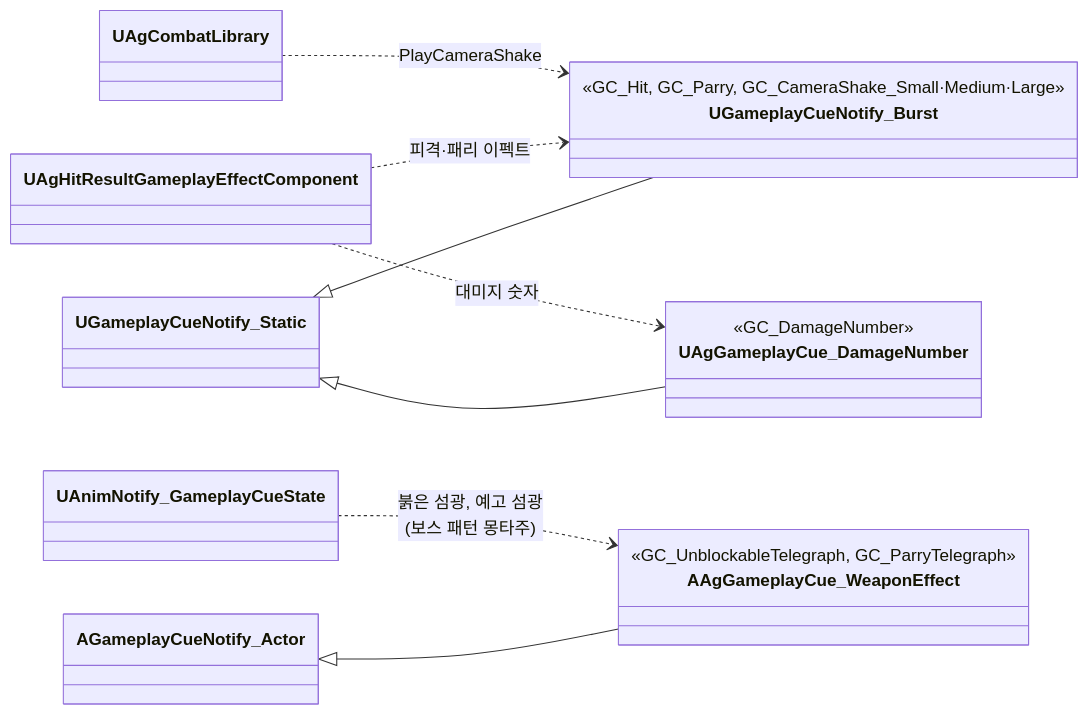
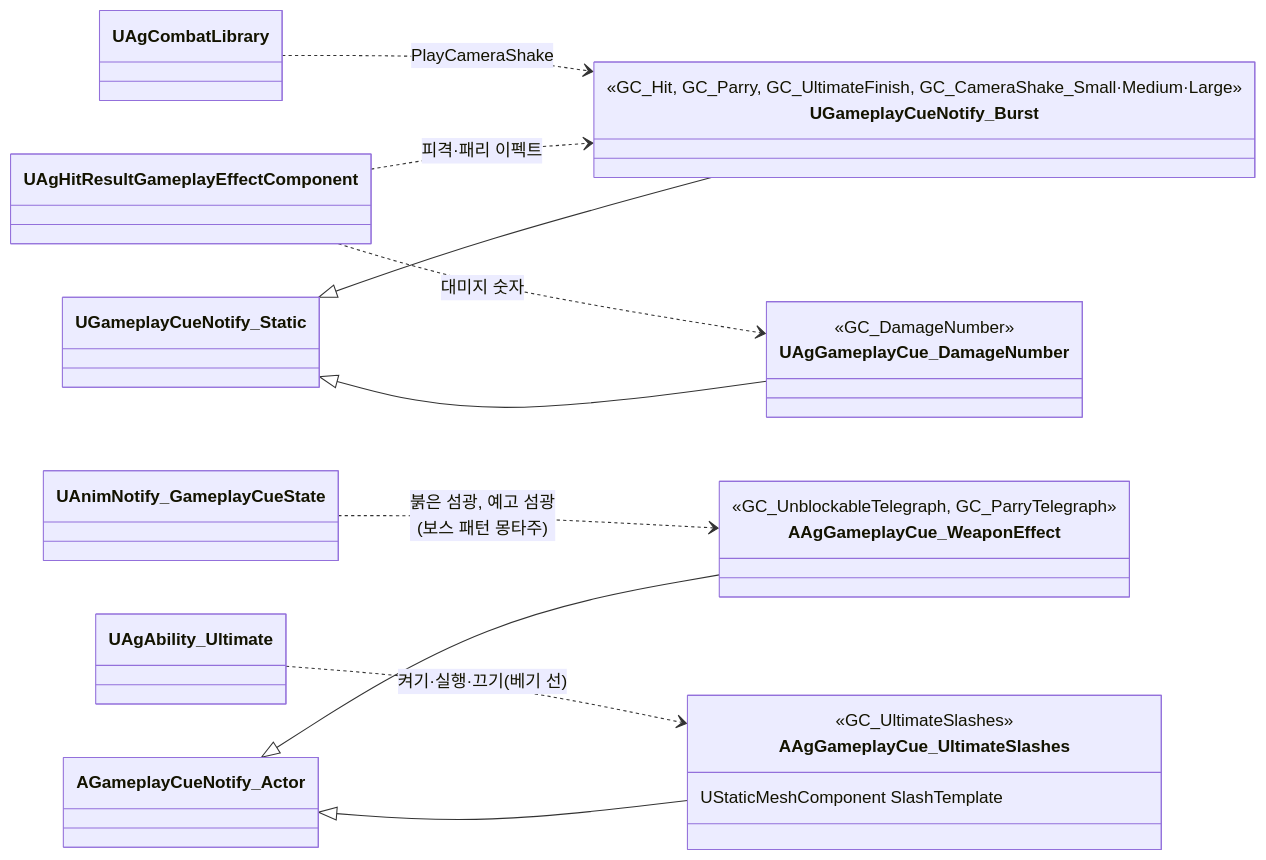
One commit to Woogl/Ag changed diagram 11 of 21 in Docs/Program/클래스 구조도.md. Above: the diagram before and after it, drawn with Mermaid. The commit also changed other lines of this file and 44 other files, not shown here.

````diff
--- a/Docs/Program/클래스 구조도.md
+++ b/Docs/Program/클래스 구조도.md
@@ -477,21 +485,27 @@
 ```mermaid
 classDiagram
     direction LR
     class UGameplayCueNotify_Burst {
-        <<GC_Hit, GC_Parry, GC_CameraShake_Small·Medium·Large>>
+        <<GC_Hit, GC_Parry, GC_UltimateFinish, GC_CameraShake_Small·Medium·Large>>
     }
     class UAgGameplayCue_DamageNumber {
         <<GC_DamageNumber>>
     }
     class AAgGameplayCue_WeaponEffect {
         <<GC_UnblockableTelegraph, GC_ParryTelegraph>>
     }
+    class AAgGameplayCue_UltimateSlashes {
+        <<GC_UltimateSlashes>>
+        UStaticMeshComponent SlashTemplate
+    }
     UGameplayCueNotify_Static <|-- UGameplayCueNotify_Burst
     UGameplayCueNotify_Static <|-- UAgGameplayCue_DamageNumber
     AGameplayCueNotify_Actor <|-- AAgGameplayCue_WeaponEffect
+    AGameplayCueNotify_Actor <|-- AAgGameplayCue_UltimateSlashes
 
     UAgHitResultGameplayEffectComponent ..> UGameplayCueNotify_Burst : 피격·패리 이펙트
     UAgHitResultGameplayEffectComponent ..> UAgGameplayCue_DamageNumber : 대미지 숫자
     UAgCombatLibrary ..> UGameplayCueNotify_Burst : PlayCameraShake
     UAnimNotify_GameplayCueState ..> AAgGameplayCue_WeaponEffect : 붉은 섬광, 예고 섬광<br>(보스 패턴 몽타주)
+    UAgAbility_Ultimate ..> AAgGameplayCue_UltimateSlashes : 켜기·실행·끄기(베기 선)
 ```
````
